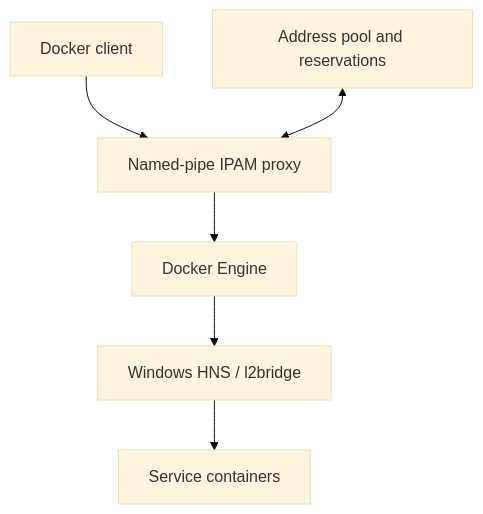
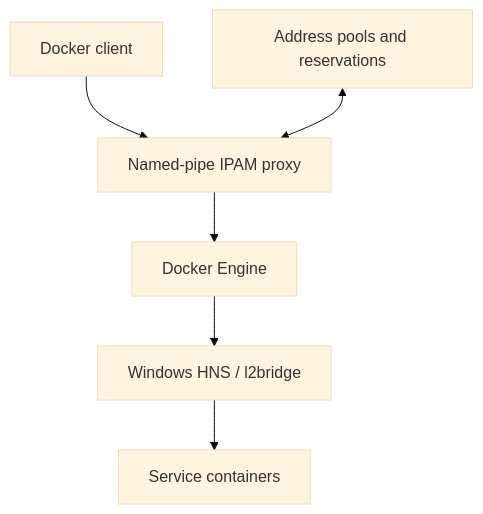
Before and after one commit to tiendu/tiendu.github.io: the first of 5 diagrams in src/content/blog/2026-11-19-an-ipam-proxy-for-docker-on-windows.md, drawn with Mermaid (base theme). The commit also changed other lines of this file, not shown here.

````diff
--- a/src/content/blog/2026-11-19-an-ipam-proxy-for-docker-on-windows.md
+++ b/src/content/blog/2026-11-19-an-ipam-proxy-for-docker-on-windows.md
@@ -71,10 +71,10 @@
 ```mermaid
 flowchart TB
     accTitle: First design using a Docker Engine API proxy
-    accDescr: The proxy chooses and reserves an address, modifies a Docker API request, and forwards it to Docker Engine; Docker Engine and HNS manage the endpoint.
+    accDescr: The proxy selects an address and forwards modified endpoint settings to Docker Engine. HNS manages the actual endpoint.
     Client["Docker client"] --> Proxy["Named-pipe IPAM proxy"]
-    Pool["Address pool and reservations"] <--> Proxy
+    Pool["Address pools and reservations"] <--> Proxy
     Proxy --> Engine["Docker Engine"]
     Engine --> HNS["Windows HNS / l2bridge"]
     HNS --> Containers["Service containers"]
 ```
````
